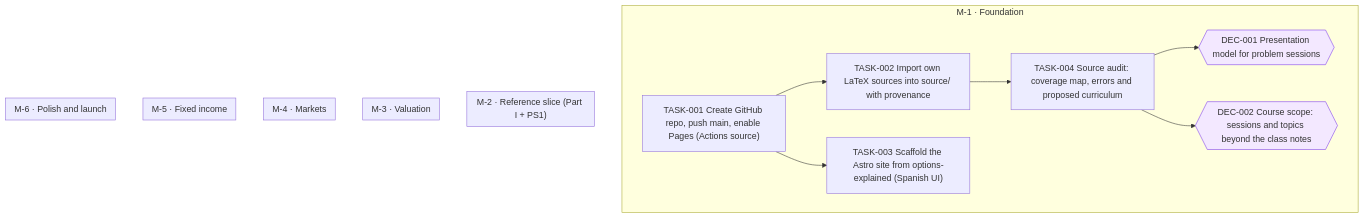
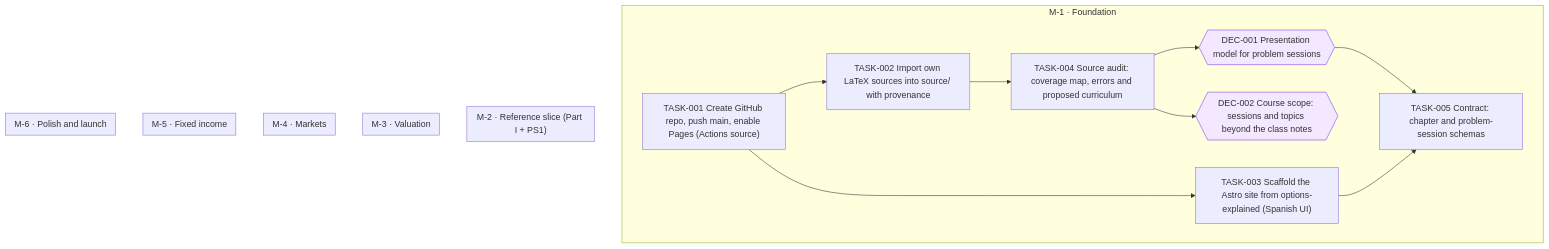
One commit to jesusvillota/economia-financiera changed the diagram in goals/course-site/README.md. Above: the diagram before and after it, drawn with Mermaid. The commit also changed 1 other file, not shown here.

Commit message:
goal(course-site): add TASK-005 Contract: chapter and problem-session schemas

````diff
--- a/goals/course-site/README.md
+++ b/goals/course-site/README.md
@@ -19,31 +19,34 @@
 ```mermaid
 flowchart TD
   subgraph M_1["M-1 · Foundation"]
     DEC_001{{"DEC-001 Presentation model for problem sessions"}}
     DEC_002{{"DEC-002 Course scope: sessions and topics beyond the class notes"}}
     TASK_001["TASK-001 Create GitHub repo, push main, enable Pages (Actions source)"]
     TASK_002["TASK-002 Import own LaTeX sources into source/ with provenance"]
     TASK_003["TASK-003 Scaffold the Astro site from options-explained (Spanish UI)"]
     TASK_004["TASK-004 Source audit: coverage map, errors and proposed curriculum"]
+    TASK_005["TASK-005 Contract: chapter and problem-session schemas"]
   end
   subgraph M_2["M-2 · Reference slice (Part I + PS1)"]
   end
   subgraph M_3["M-3 · Valuation"]
   end
   subgraph M_4["M-4 · Markets"]
   end
   subgraph M_5["M-5 · Fixed income"]
   end
   subgraph M_6["M-6 · Polish and launch"]
   end
   TASK_004 --> DEC_001
   TASK_004 --> DEC_002
   TASK_001 --> TASK_002
   TASK_001 --> TASK_003
   TASK_002 --> TASK_004
+  DEC_001 --> TASK_005
+  TASK_003 --> TASK_005
   classDef draft stroke-dasharray: 4 3
   classDef cancelled opacity:0.45
   classDef decision fill:#f3e8ff,stroke:#7c3aed
   class DEC_001 decision
   class DEC_002 decision
 ```
````
